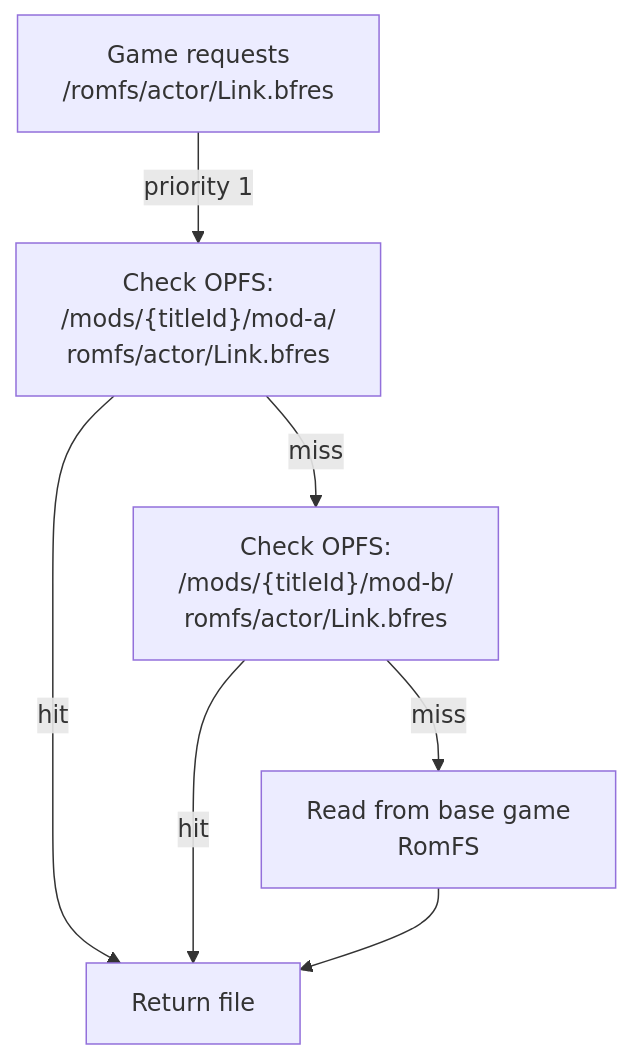
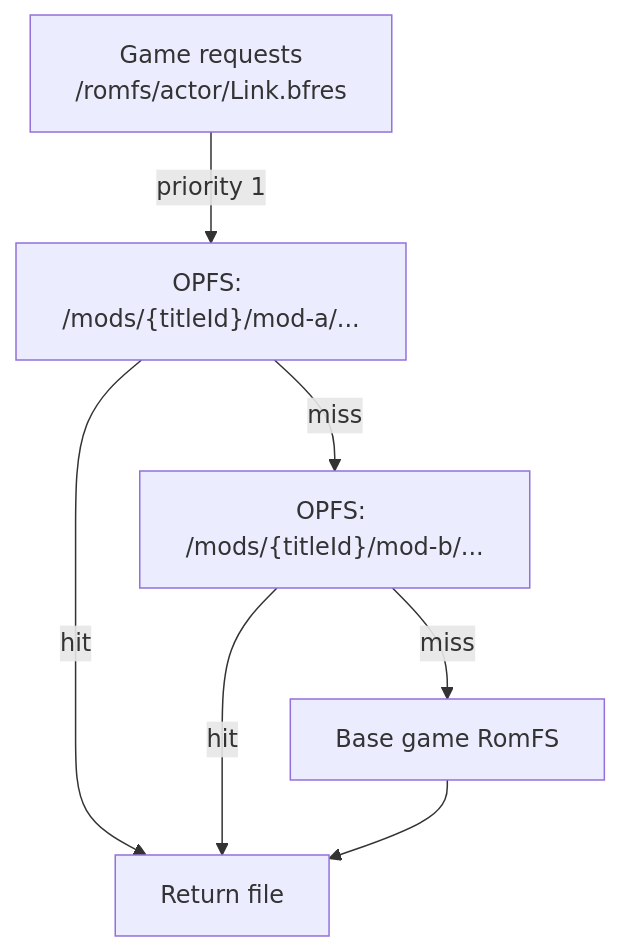
One commit to helloimthesigma-blip/Voland changed diagram 12 of 15 in docs/DESIGN.md. Above: the diagram before and after it, drawn with Mermaid. The commit also changed other lines of this file, not shown here.

````diff
--- a/docs/DESIGN.md
+++ b/docs/DESIGN.md
@@ -2201,15 +1851,15 @@
 ```mermaid
 flowchart TD
     REQ["Game requests<br/>/romfs/actor/Link.bfres"]
-
-    M_A["Check OPFS:<br/>/mods/{titleId}/mod-a/<br/>romfs/actor/Link.bfres"]
-    M_B["Check OPFS:<br/>/mods/{titleId}/mod-b/<br/>romfs/actor/Link.bfres"]
-    BASE["Read from base game<br/>RomFS"]
+    M_A["OPFS: /mods/{titleId}/mod-a/..."]
+    M_B["OPFS: /mods/{titleId}/mod-b/..."]
+    BASE["Base game RomFS"]
+    RET["Return file"]
 
     REQ -->|priority 1| M_A
     M_A -->|miss| M_B
     M_B -->|miss| BASE
-    M_A -->|hit| RET["Return file"]
+    M_A -->|hit| RET
     M_B -->|hit| RET
     BASE --> RET
 ```
````
